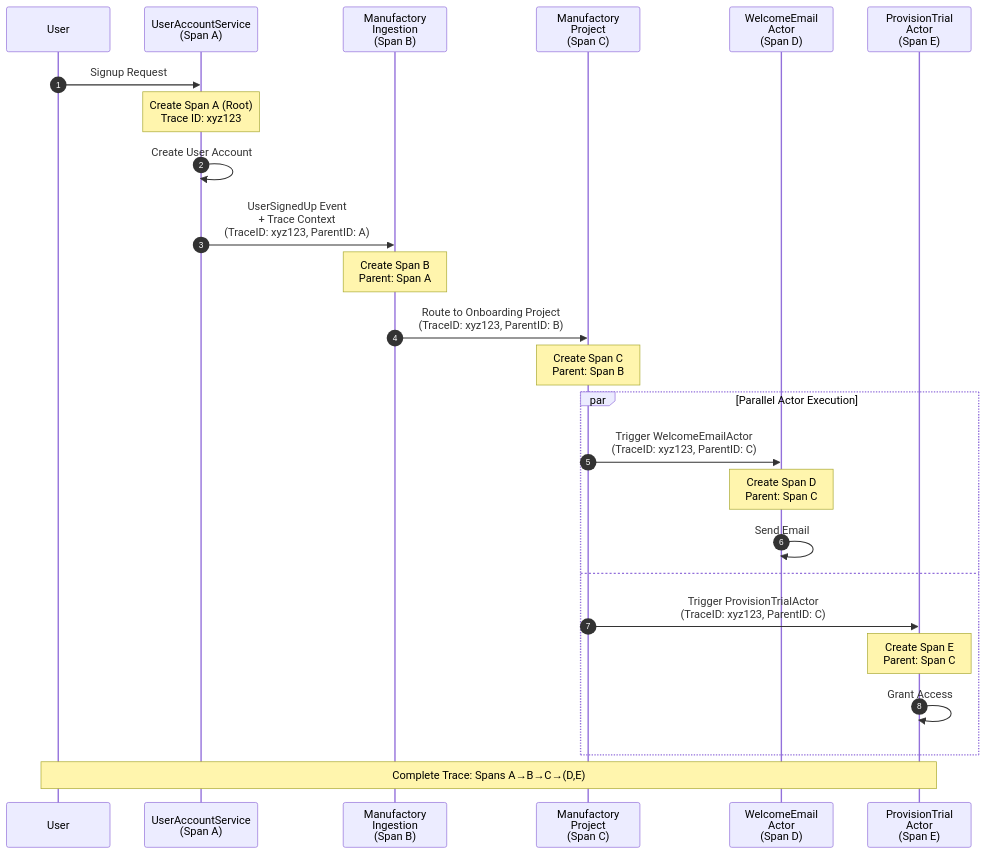
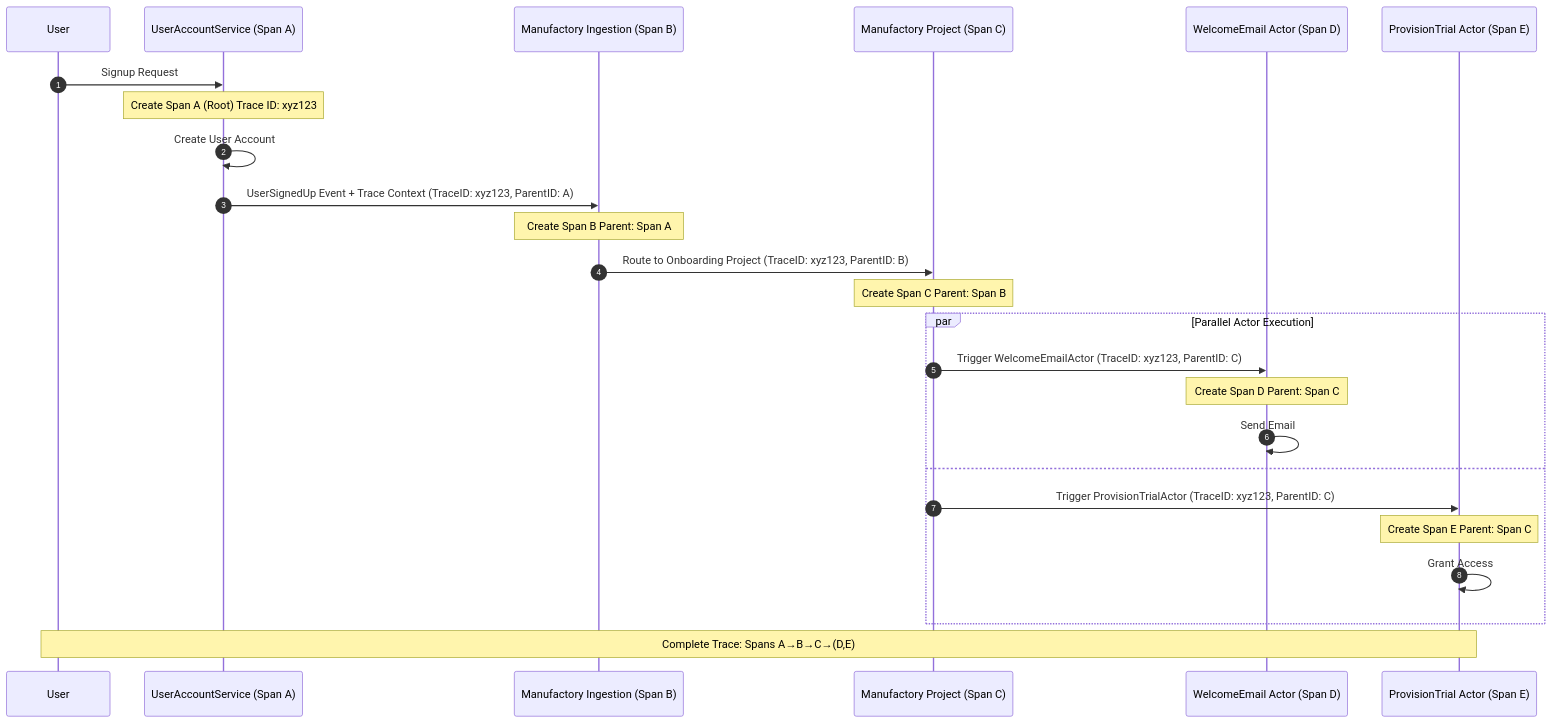
The diagram in src/content/docs/manufactory/best-practices/implementing-distributed-tracing.mdx (tallyfy/documentation), drawn with Mermaid before and after one commit. The commit also changed 46 other files, not shown here.

Commit message:
Update Mermaid notation

````diff
--- a/src/content/docs/manufactory/best-practices/implementing-distributed-tracing.mdx
+++ b/src/content/docs/manufactory/best-practices/implementing-distributed-tracing.mdx
@@ -85,32 +85,32 @@
 ```mermaid
 sequenceDiagram
-    autonumber
-    participant User
-    participant UAS as UserAccountService<br/>(Span A)
-    participant M as Manufactory<br/>Ingestion<br/>(Span B)
-    participant P as Manufactory<br/>Project<br/>(Span C)
-    participant WE as WelcomeEmail<br/>Actor<br/>(Span D)
-    participant PT as ProvisionTrial<br/>Actor<br/>(Span E)
-    
-    User->>UAS: Signup Request
-    Note over UAS: Create Span A (Root)<br/>Trace ID: xyz123
-    UAS->>UAS: Create User Account
-    UAS->>M: UserSignedUp Event<br/>+ Trace Context<br/>(TraceID: xyz123, ParentID: A)
-    
-    Note over M: Create Span B<br/>Parent: Span A
-    M->>P: Route to Onboarding Project<br/>(TraceID: xyz123, ParentID: B)
-    
-    Note over P: Create Span C<br/>Parent: Span B
-    
-    par Parallel Actor Execution
-        P->>WE: Trigger WelcomeEmailActor<br/>(TraceID: xyz123, ParentID: C)
-        Note over WE: Create Span D<br/>Parent: Span C
-        WE->>WE: Send Email
-    and
-        P->>PT: Trigger ProvisionTrialActor<br/>(TraceID: xyz123, ParentID: C)
-        Note over PT: Create Span E<br/>Parent: Span C
-        PT->>PT: Grant Access
-    end
-    
-    Note over User,PT: Complete Trace: Spans A→B→C→(D,E)
+ autonumber
+ participant User
+ participant UAS as UserAccountService (Span A)
+ participant M as Manufactory Ingestion (Span B)
+ participant P as Manufactory Project (Span C)
+ participant WE as WelcomeEmail Actor (Span D)
+ participant PT as ProvisionTrial Actor (Span E)
+ 
+ User->>UAS: Signup Request
+ Note over UAS: Create Span A (Root) Trace ID: xyz123
+ UAS->>UAS: Create User Account
+ UAS->>M: UserSignedUp Event + Trace Context (TraceID: xyz123, ParentID: A)
+ 
+ Note over M: Create Span B Parent: Span A
+ M->>P: Route to Onboarding Project (TraceID: xyz123, ParentID: B)
+ 
+ Note over P: Create Span C Parent: Span B
+ 
+ par Parallel Actor Execution
+ P->>WE: Trigger WelcomeEmailActor (TraceID: xyz123, ParentID: C)
+ Note over WE: Create Span D Parent: Span C
+ WE->>WE: Send Email
+ and
+ P->>PT: Trigger ProvisionTrialActor (TraceID: xyz123, ParentID: C)
+ Note over PT: Create Span E Parent: Span C
+ PT->>PT: Grant Access
+ end
+ 
+ Note over User,PT: Complete Trace: Spans A→B→C→(D,E)
 ```
````
